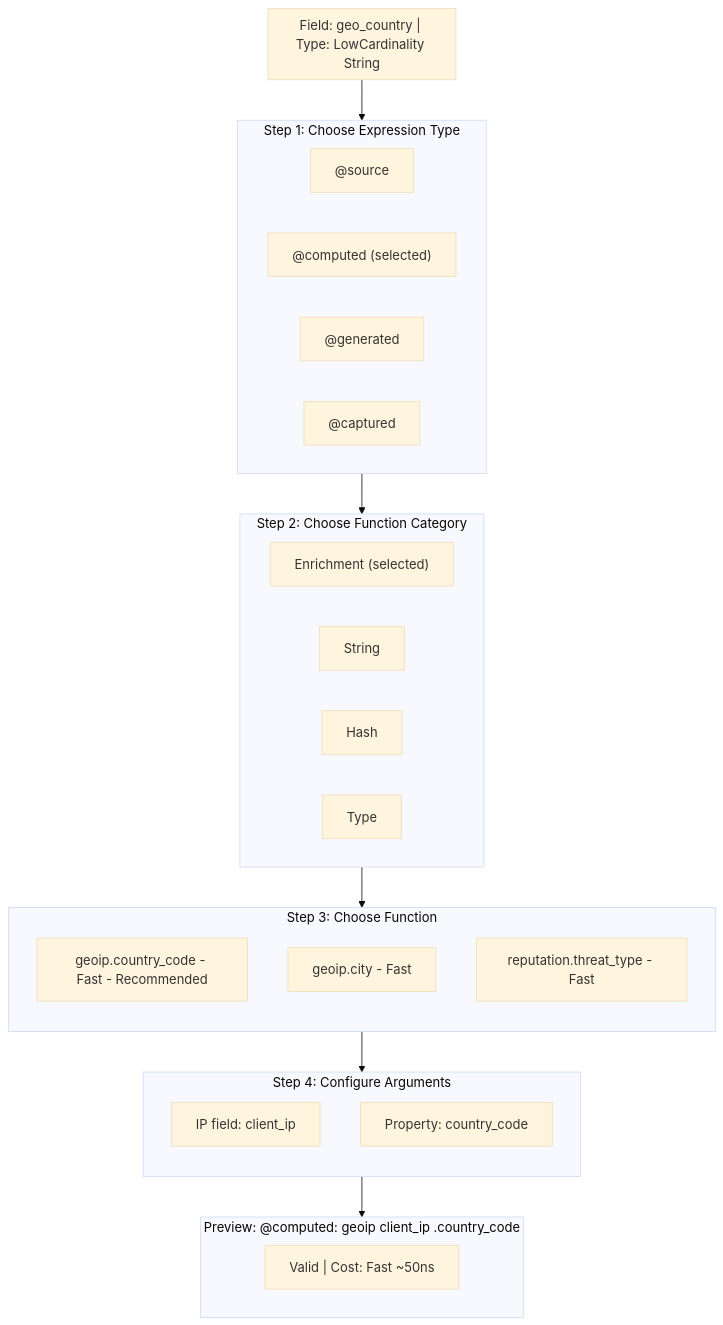
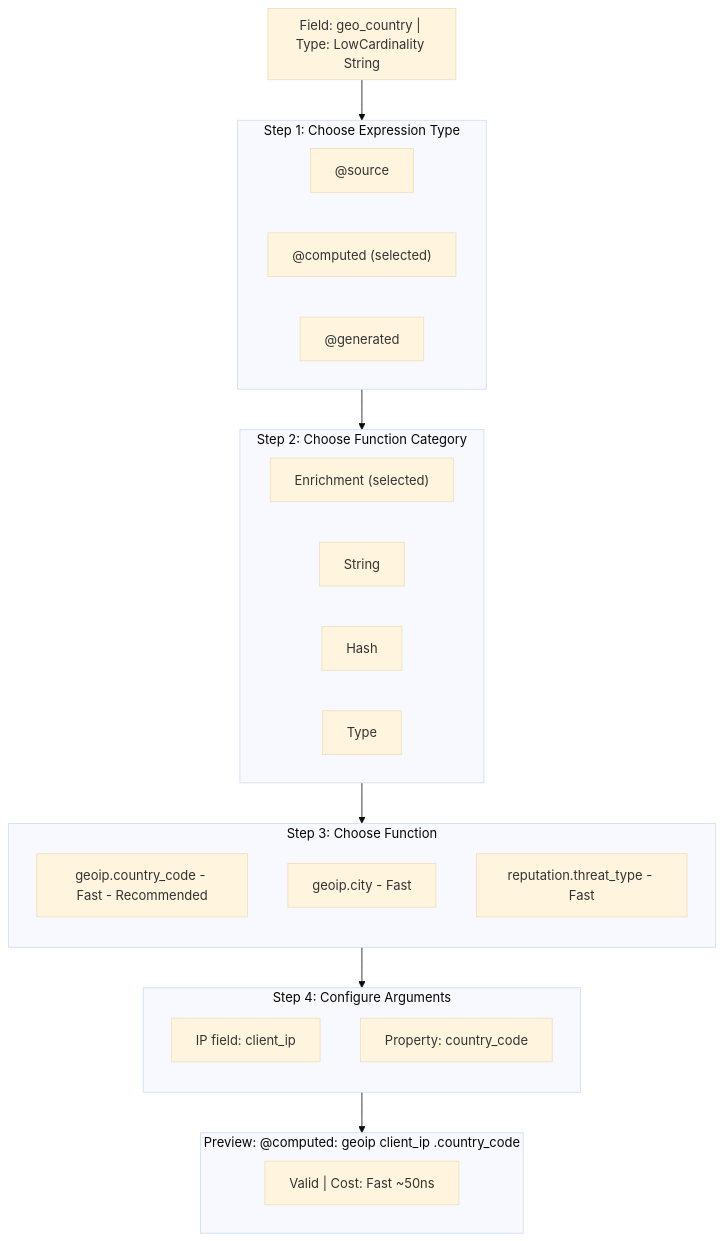
Before and after one commit to hyperi-io/dfe-loader: the fourth of 7 diagrams in docs/clickhouse/DDL-DIRECTIVES.md, drawn with Mermaid (base theme). The commit also changed other lines of this file and 3 other files, not shown here.

````diff
--- a/docs/clickhouse/DDL-DIRECTIVES.md
+++ b/docs/clickhouse/DDL-DIRECTIVES.md
@@ -1672,41 +1642,40 @@
 ```mermaid
 flowchart TB
     subgraph Header["Field: geo_country | Type: LowCardinality String"]
         direction TB
     end
 
     subgraph Step1["Step 1: Choose Expression Type"]
         direction LR
         S1A["@source"]
         S1B["@computed (selected)"]
         S1C["@generated"]
-        S1D["@captured"]
     end
 
     subgraph Step2["Step 2: Choose Function Category"]
         direction LR
         S2A["Enrichment (selected)"]
         S2B["String"]
         S2C["Hash"]
         S2D["Type"]
     end
 
     subgraph Step3["Step 3: Choose Function"]
         direction TB
         S3A["geoip.country_code - Fast - Recommended"]
         S3B["geoip.city - Fast"]
         S3C["reputation.threat_type - Fast"]
     end
 
     subgraph Step4["Step 4: Configure Arguments"]
         direction TB
         S4A["IP field: client_ip"]
         S4B["Property: country_code"]
     end
 
     subgraph Preview["Preview: @computed: geoip client_ip .country_code"]
         P1["Valid | Cost: Fast ~50ns"]
     end
 
     Header --> Step1 --> Step2 --> Step3 --> Step4 --> Preview
 ```
````
